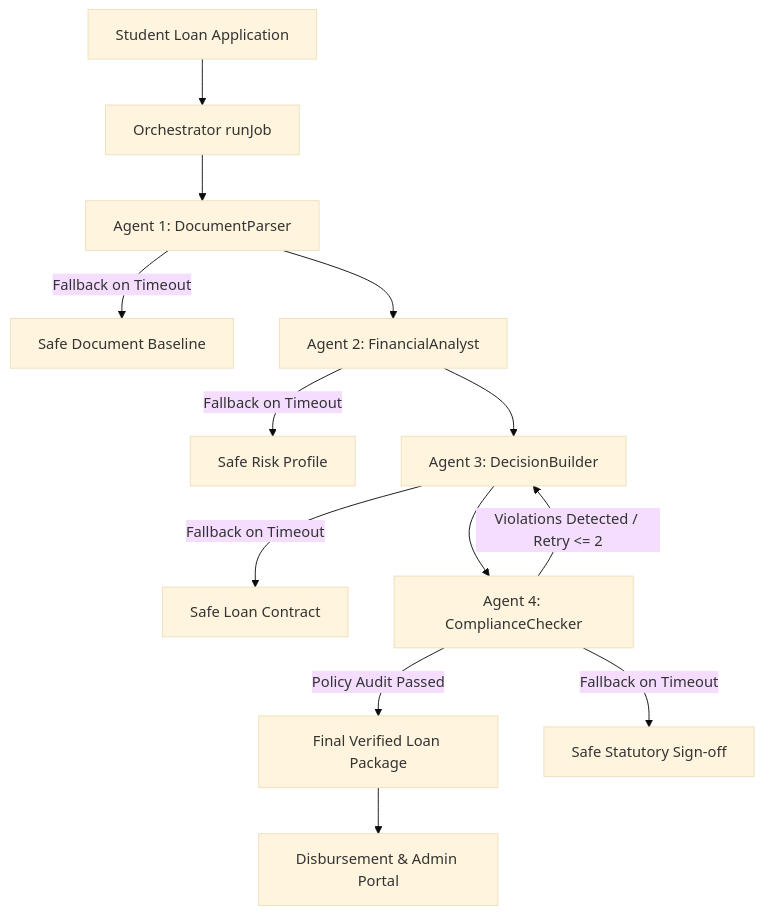
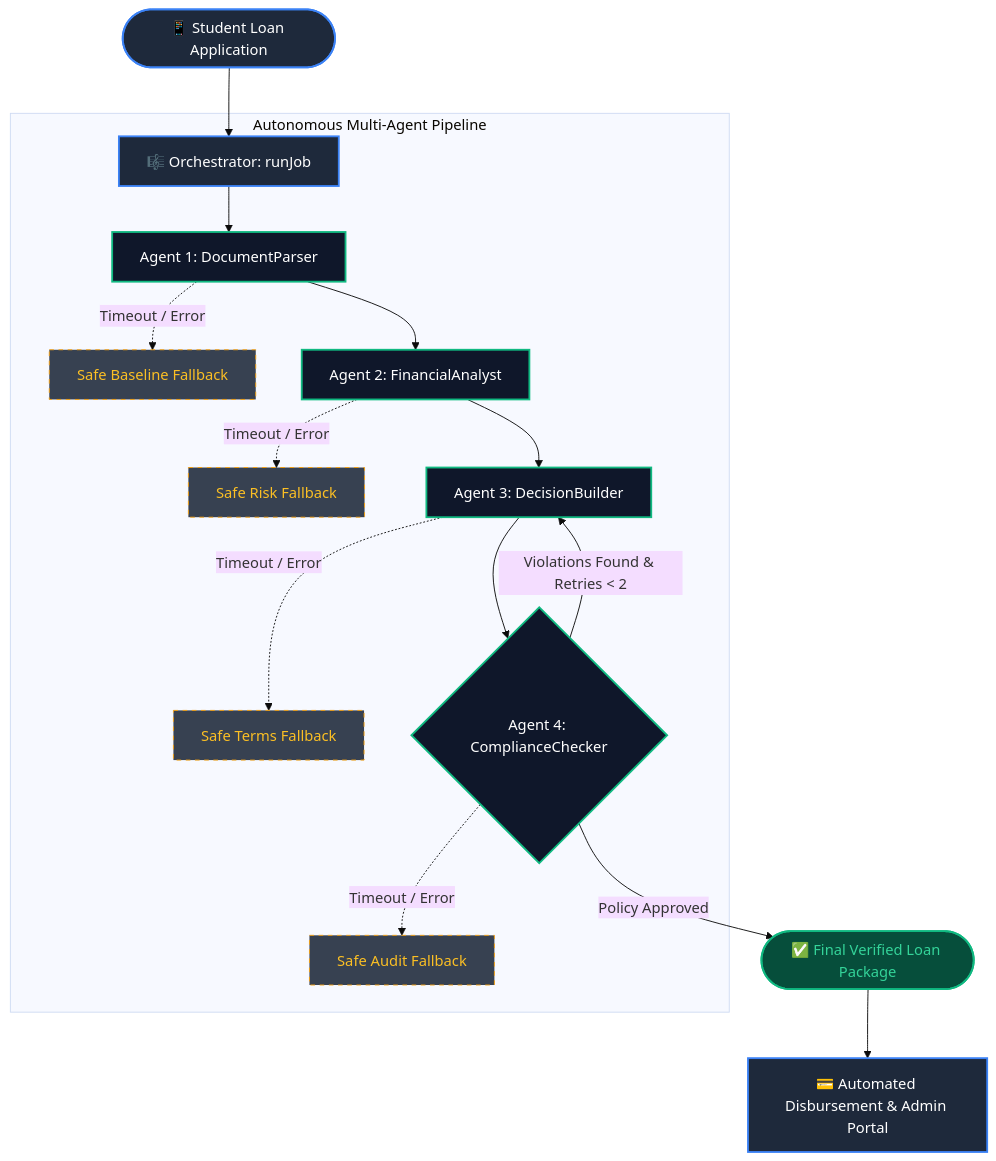
One commit to Faiq-Hassan/PennyRelief changed the diagram in README.md. Above: the diagram before and after it, drawn with Mermaid (base theme). The commit also changed other lines of this file, not shown here.

````diff
--- a/README.md
+++ b/README.md
@@ -38,15 +54,25 @@
 ```mermaid
 flowchart TD
-    A[Student Loan Application] --> B[Orchestrator runJob]
-    B --> C[Agent 1: DocumentParser]
-    C -->|Fallback on Timeout| C_FB[Safe Document Baseline]
-    C --> D[Agent 2: FinancialAnalyst]
-    D -->|Fallback on Timeout| D_FB[Safe Risk Profile]
-    D --> E[Agent 3: DecisionBuilder]
-    E -->|Fallback on Timeout| E_FB[Safe Loan Contract]
-    E --> F[Agent 4: ComplianceChecker]
-    F -->|Violations Detected / Retry <= 2| E
-    F -->|Policy Audit Passed| G[Final Verified Loan Package]
-    F -->|Fallback on Timeout| G_FB[Safe Statutory Sign-off]
-    G --> H[Disbursement & Admin Portal]
+    classDef startEnd fill:#1e293b,stroke:#3b82f6,stroke-width:2px,color:#fff;
+    classDef agent fill:#0f172a,stroke:#10b981,stroke-width:2px,color:#fff;
+    classDef fallback fill:#374151,stroke:#f59e0b,stroke-width:1px,stroke-dasharray: 5 5,color:#fbbf24;
+    classDef success fill:#064e3b,stroke:#10b981,stroke-width:2px,color:#34d399;
+
+    A([📱 Student Loan Application]):::startEnd --> B[🎼 Orchestrator: runJob]:::startEnd
+    
+    subgraph Pipeline ["Autonomous Multi-Agent Pipeline"]
+        B --> C[Agent 1: DocumentParser]:::agent
+        C -.->|Timeout / Error| C_FB[Safe Baseline Fallback]:::fallback
+        C --> D[Agent 2: FinancialAnalyst]:::agent
+        D -.->|Timeout / Error| D_FB[Safe Risk Fallback]:::fallback
+        D --> E[Agent 3: DecisionBuilder]:::agent
+        E -.->|Timeout / Error| E_FB[Safe Terms Fallback]:::fallback
+        E --> F{Agent 4: ComplianceChecker}:::agent
+        
+        F -->|Violations Found & Retries < 2| E
+        F -.->|Timeout / Error| F_FB[Safe Audit Fallback]:::fallback
+    end
+
+    F -->|Policy Approved| G([✅ Final Verified Loan Package]):::success
+    G --> H[💳 Automated Disbursement & Admin Portal]:::startEnd
 ```
````
